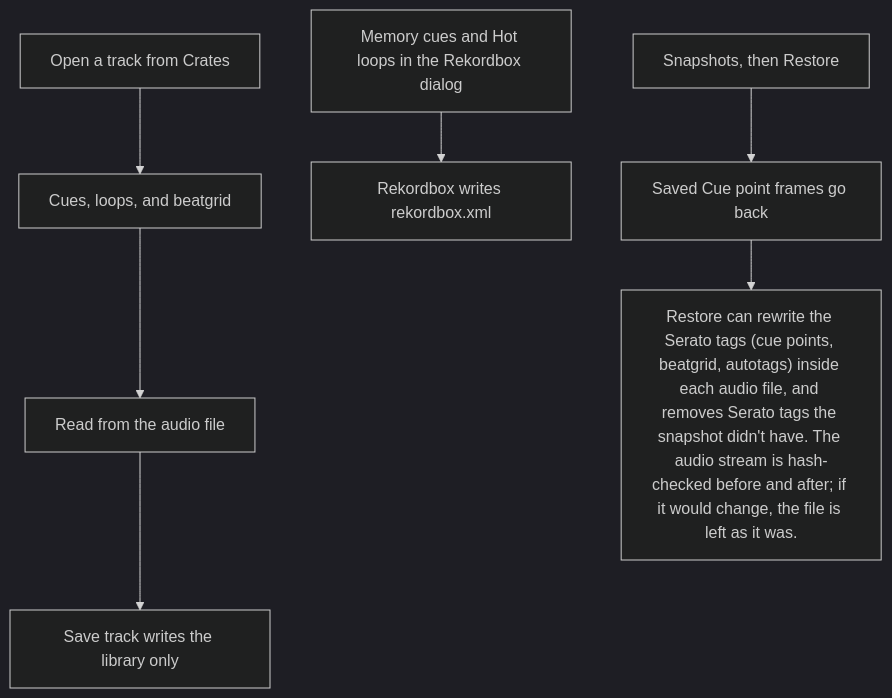
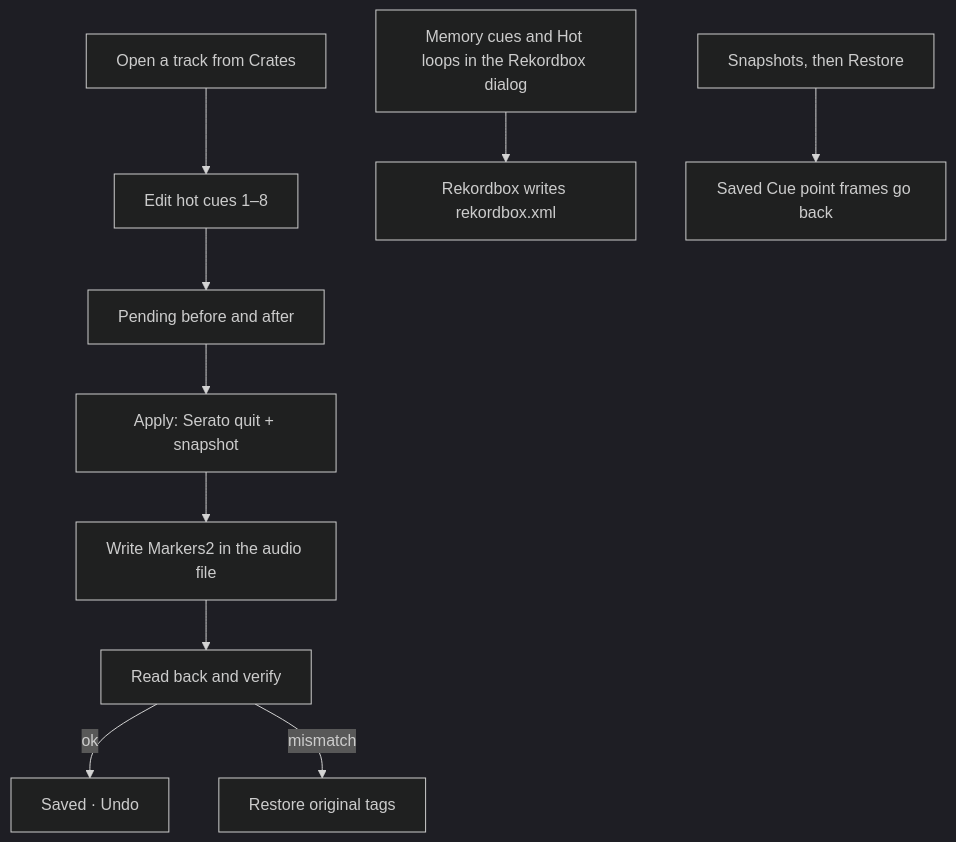
One commit to mookiejones/crateCraft changed the diagram in docs/wiki/Hot-Loops-and-Cue-Points.md. Above: the diagram before and after it, drawn with Mermaid (dark theme). The commit also changed other lines of this file and 25 other files, not shown here.

First line of the commit message:
feat: edit hot cues 1–8 with pending apply and undo (#464) (#485)

````diff
--- a/docs/wiki/Hot-Loops-and-Cue-Points.md
+++ b/docs/wiki/Hot-Loops-and-Cue-Points.md
@@ -8,9 +8,12 @@
 ```mermaid
 flowchart TD
-  open["Open a track from Crates"] --> read["Cues, loops, and beatgrid"]
-  read --> file["Read from the audio file"]
-  file --> save["Save track writes the library only"]
+  open["Open a track from Crates"] --> edit["Edit hot cues 1–8"]
+  edit --> pending["Pending before and after"]
+  pending --> apply["Apply: Serato quit + snapshot"]
+  apply --> write["Write Markers2 in the audio file"]
+  write --> verify["Read back and verify"]
+  verify -->|ok| toast["Saved · Undo"]
+  verify -->|mismatch| restore["Restore original tags"]
   bar["Memory cues and Hot loops in the Rekordbox dialog"] --> xml["Rekordbox writes rekordbox.xml"]
   snap["Snapshots, then Restore"] --> frames["Saved Cue point frames go back"]
-  frames --> audio["Restore can rewrite the Serato tags (cue points, beatgrid, autotags) inside each audio file, and removes Serato tags the snapshot didn't have. The audio stream is hash-checked before and after; if it would change, the file is left as it was."]
 ```
````
